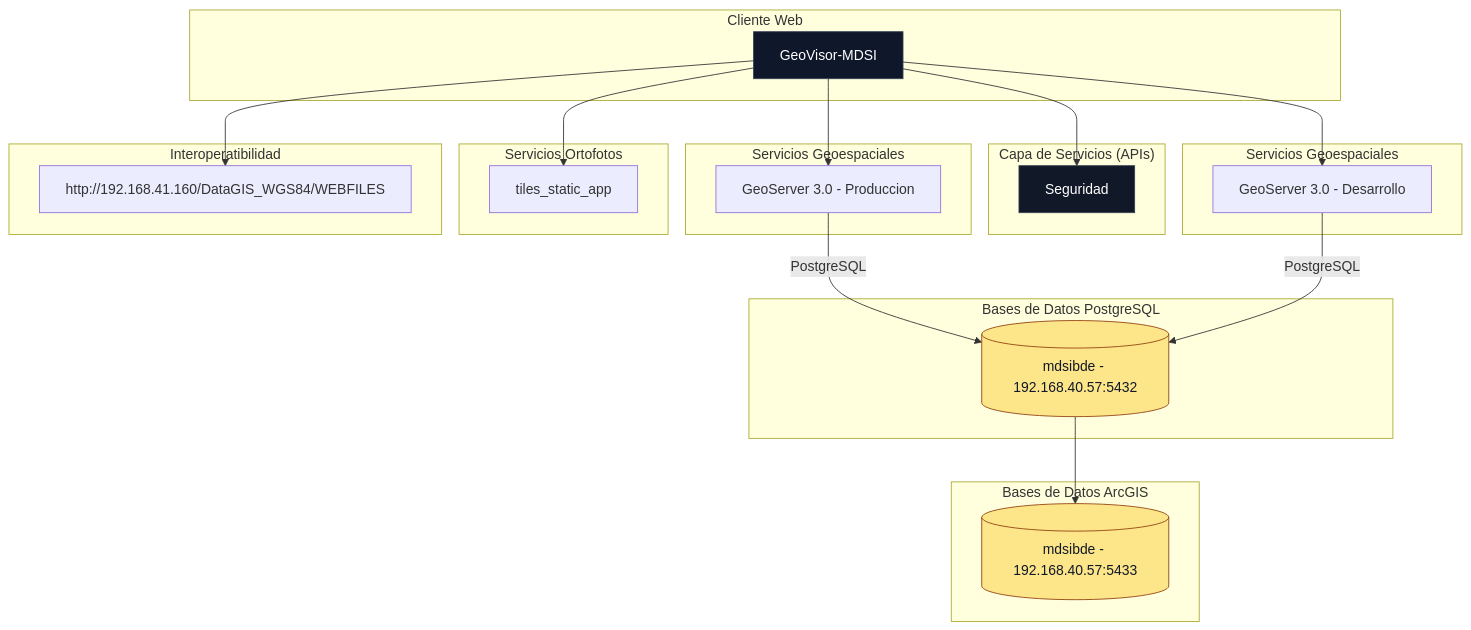
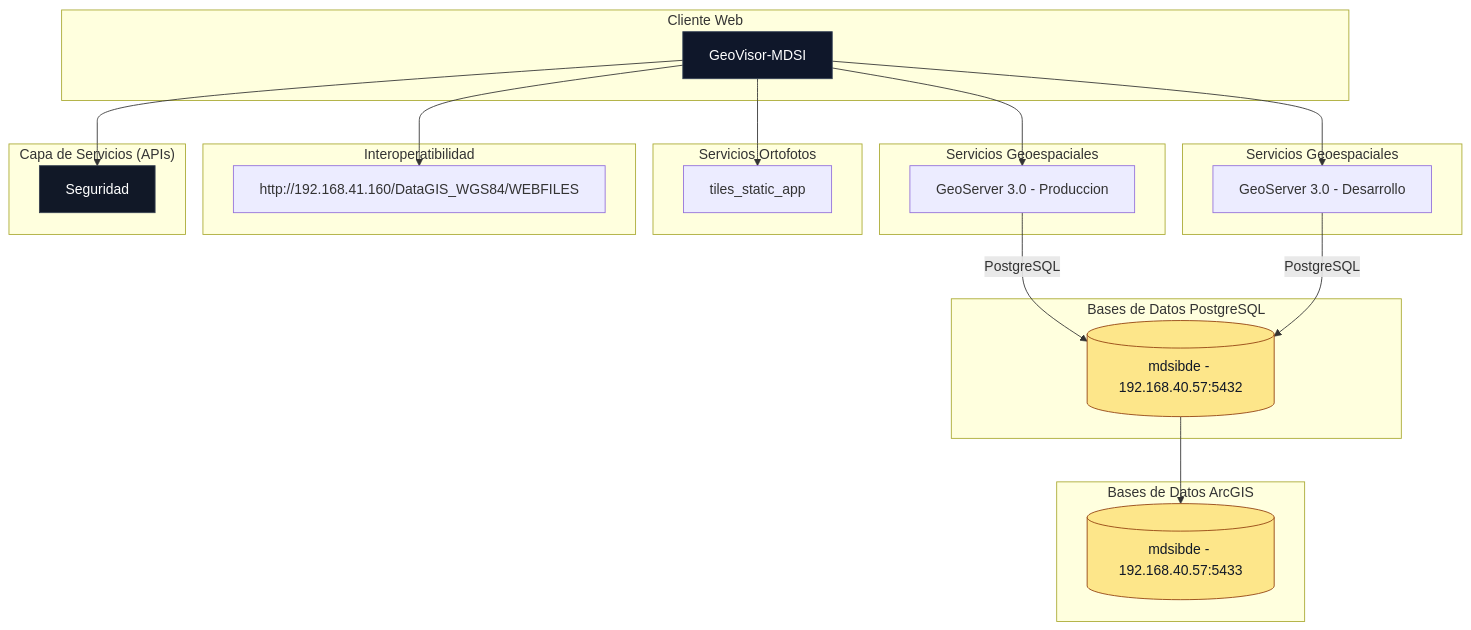
The diagram in README.md (mdsigeovisor/geovisormdsi), drawn with Mermaid before and after one commit.

````diff
--- a/README.md
+++ b/README.md
@@ -3,63 +3,63 @@
 ```mermaid
 graph TB
   %% =========================
   %% COMPONENTES
   %% =========================
   subgraph "Cliente Web"
     FRONT[GeoVisor-MDSI]
-  end
-
-  subgraph "Capa de Servicios (APIs)"
-    AUTH[Seguridad]
-  end
+  end  
 
   subgraph "Bases de Datos PostgreSQL"
     DB1[(mdsibde - 192.168.40.57:5432)]
   end
 
   subgraph "Bases de Datos ArcGIS"
     DB2[(mdsibde - 192.168.40.57:5433)]
   end
   
   subgraph "Servicios Geoespaciales"
     GEOSERVER_PROD[GeoServer 3.0 - Produccion]
   end
 
   subgraph "Servicios Geoespaciales"
     GEOSERVER_DEV[GeoServer 3.0 - Desarrollo]
   end
 
   subgraph "Servicios Ortofotos"
     ORTOFOTOS[tiles_static_app]
   end
 
   subgraph "Interoperatibilidad"
     INTER[http://192.168.41.160/DataGIS_WGS84/WEBFILES]
+  end
+
+  subgraph "Capa de Servicios (APIs)"
+    AUTH[Seguridad]
   end  
 
   %% =========================
   %% RELACIONES
   %% =========================
   FRONT --> AUTH
   FRONT --> GEOSERVER_PROD
   FRONT --> GEOSERVER_DEV
   FRONT --> ORTOFOTOS
   FRONT --> INTER
   DB1 --> DB2
   
   GEOSERVER_PROD -- "PostgreSQL" --> DB1
   GEOSERVER_DEV -- "PostgreSQL" --> DB1
   
 
   %% =========================
   %% ESTILOS
   %% =========================
   classDef front fill:#0f172a,stroke:#334155,stroke-width:1px,color:#fff;
   classDef service fill:#111827,stroke:#374151,stroke-width:1px,color:#fff;
   classDef db fill:#fde68a,stroke:#92400e,stroke-width:1px,color:#111827;
 
   class FRONT front;
   class AUTH,GEOSERVER service;
   class DB1 db;
   class DB2 db;
 ```
````
